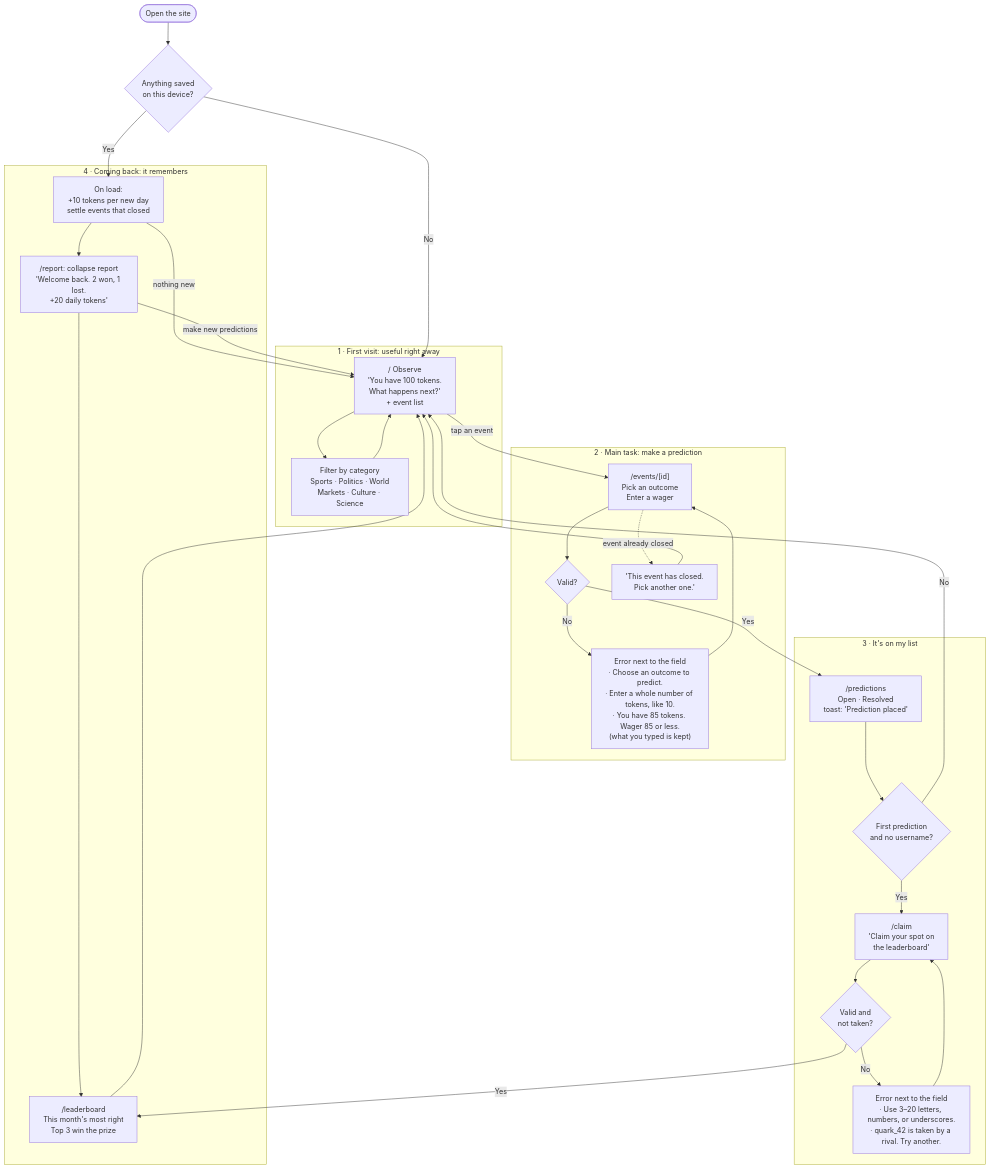
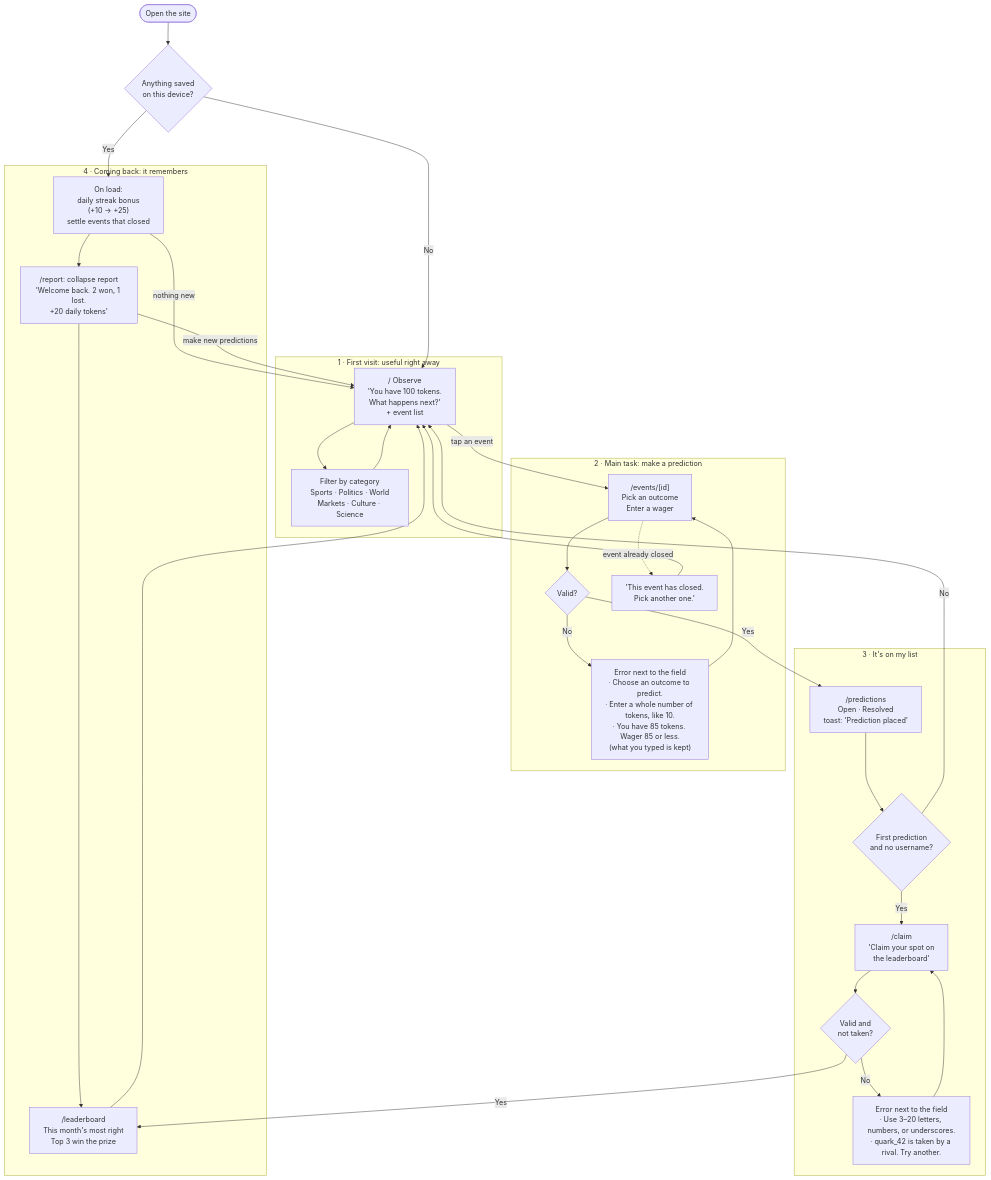
One commit to lindsayxm/lxm-dbs-a03 changed the diagram in flows.md. Above: the diagram before and after it, drawn with Mermaid. The commit also changed 3 other files, not shown here.

````diff
--- a/flows.md
+++ b/flows.md
@@ -9,53 +9,53 @@
 ```mermaid
 flowchart TD
     Start(["Open the site"]) --> Saved{"Anything saved<br/>on this device?"}
 
     %% 1. First visit
     subgraph FIRST["1 · First visit: useful right away"]
         Home["/ Observe<br/>'You have 100 tokens.<br/>What happens next?'<br/>+ event list"]
         Filter["Filter by category<br/>Sports · Politics · World<br/>Markets · Culture · Science"]
         Home --> Filter --> Home
     end
 
     %% 2. Main task
     subgraph TASK["2 · Main task: make a prediction"]
         Event["/events/[id]<br/>Pick an outcome<br/>Enter a wager"]
         Check{"Valid?"}
         Err["Error next to the field<br/>· Choose an outcome to predict.<br/>· Enter a whole number of tokens, like 10.<br/>· You have 85 tokens. Wager 85 or less.<br/>(what you typed is kept)"]
         Closed["'This event has closed.<br/>Pick another one.'"]
         Event --> Check
         Check -- No --> Err --> Event
         Event -. event already closed .-> Closed
     end
 
     %% 3. On my list
     subgraph LIST["3 · It's on my list"]
         Preds["/predictions<br/>Open · Resolved<br/>toast: 'Prediction placed'"]
         FirstPick{"First prediction<br/>and no username?"}
         Claim["/claim<br/>'Claim your spot on<br/>the leaderboard'"]
         ClaimCheck{"Valid and<br/>not taken?"}
         ClaimErr["Error next to the field<br/>· Use 3–20 letters, numbers, or underscores.<br/>· quark_42 is taken by a rival. Try another."]
         Preds --> FirstPick
         FirstPick -- Yes --> Claim --> ClaimCheck
         ClaimCheck -- No --> ClaimErr --> Claim
     end
 
     %% 4. Coming back
     subgraph BACK["4 · Coming back: it remembers"]
-        Visit["On load:<br/>+10 tokens per new day<br/>settle events that closed"]
+        Visit["On load:<br/>daily streak bonus<br/>(+10 → +25)<br/>settle events that closed"]
         Report["/report: collapse report<br/>'Welcome back. 2 won, 1 lost.<br/>+20 daily tokens'"]
         Board["/leaderboard<br/>This month's most right<br/>Top 3 win the prize"]
         Visit --> Report --> Board
     end
 
     Saved -- No --> Home
     Saved -- Yes --> Visit
     Visit -- nothing new --> Home
     Home -- tap an event --> Event
     Check -- Yes --> Preds
     FirstPick -- No --> Home
     ClaimCheck -- Yes --> Board
     Report -- make new predictions --> Home
     Board --> Home
     Closed --> Home
 ```
````
